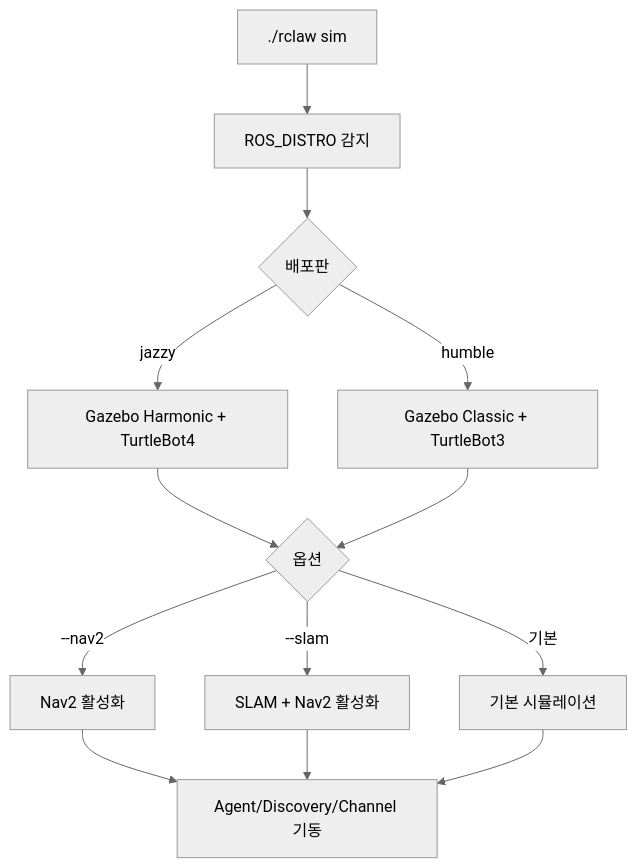
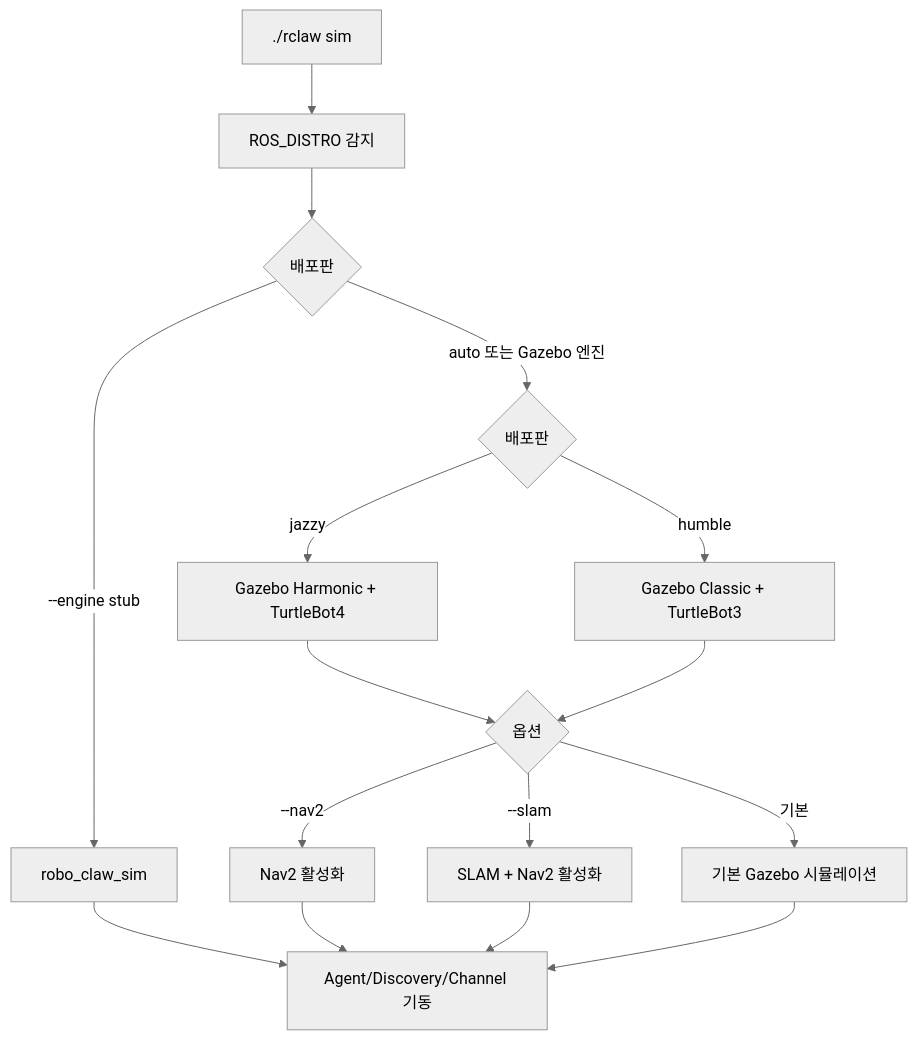
One commit to Open-Edge-Robotics/A.RobotAI-Robot-RoboClaw changed the third of 3 diagrams in docs/opencode/flowchart.md. Above: the diagram before and after it, drawn with Mermaid (neutral theme). The commit also changed 33 other files, not shown here.

````diff
--- a/docs/opencode/flowchart.md
+++ b/docs/opencode/flowchart.md
@@ -44,15 +44,18 @@
 ```mermaid
 flowchart TD
     A[./rclaw sim] --> B[ROS_DISTRO 감지]
     B --> C{배포판}
-    C -->|jazzy| D[Gazebo Harmonic + TurtleBot4]
-    C -->|humble| E[Gazebo Classic + TurtleBot3]
-    D --> F{옵션}
-    E --> F
-    F -->|--nav2| G[Nav2 활성화]
-    F -->|--slam| H[SLAM + Nav2 활성화]
-    F -->|기본| I[기본 시뮬레이션]
-    G --> J[Agent/Discovery/Channel 기동]
-    H --> J
-    I --> J
+    C -->|--engine stub| D[robo_claw_sim]
+    C -->|auto 또는 Gazebo 엔진| E{배포판}
+    E -->|jazzy| F[Gazebo Harmonic + TurtleBot4]
+    E -->|humble| G[Gazebo Classic + TurtleBot3]
+    D --> H[Agent/Discovery/Channel 기동]
+    F --> I{옵션}
+    G --> I
+    I -->|--nav2| J[Nav2 활성화]
+    I -->|--slam| K[SLAM + Nav2 활성화]
+    I -->|기본| L[기본 Gazebo 시뮬레이션]
+    J --> H
+    K --> H
+    L --> H
 ```
````
